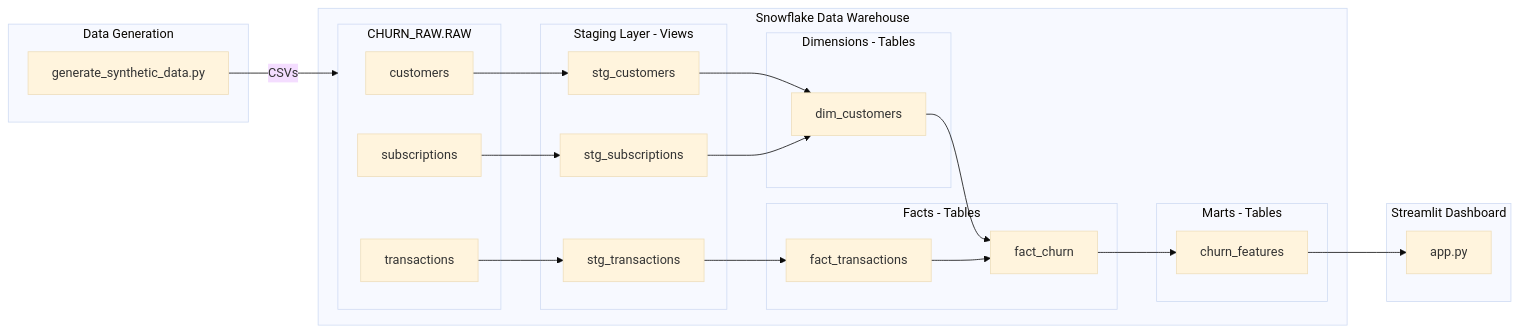
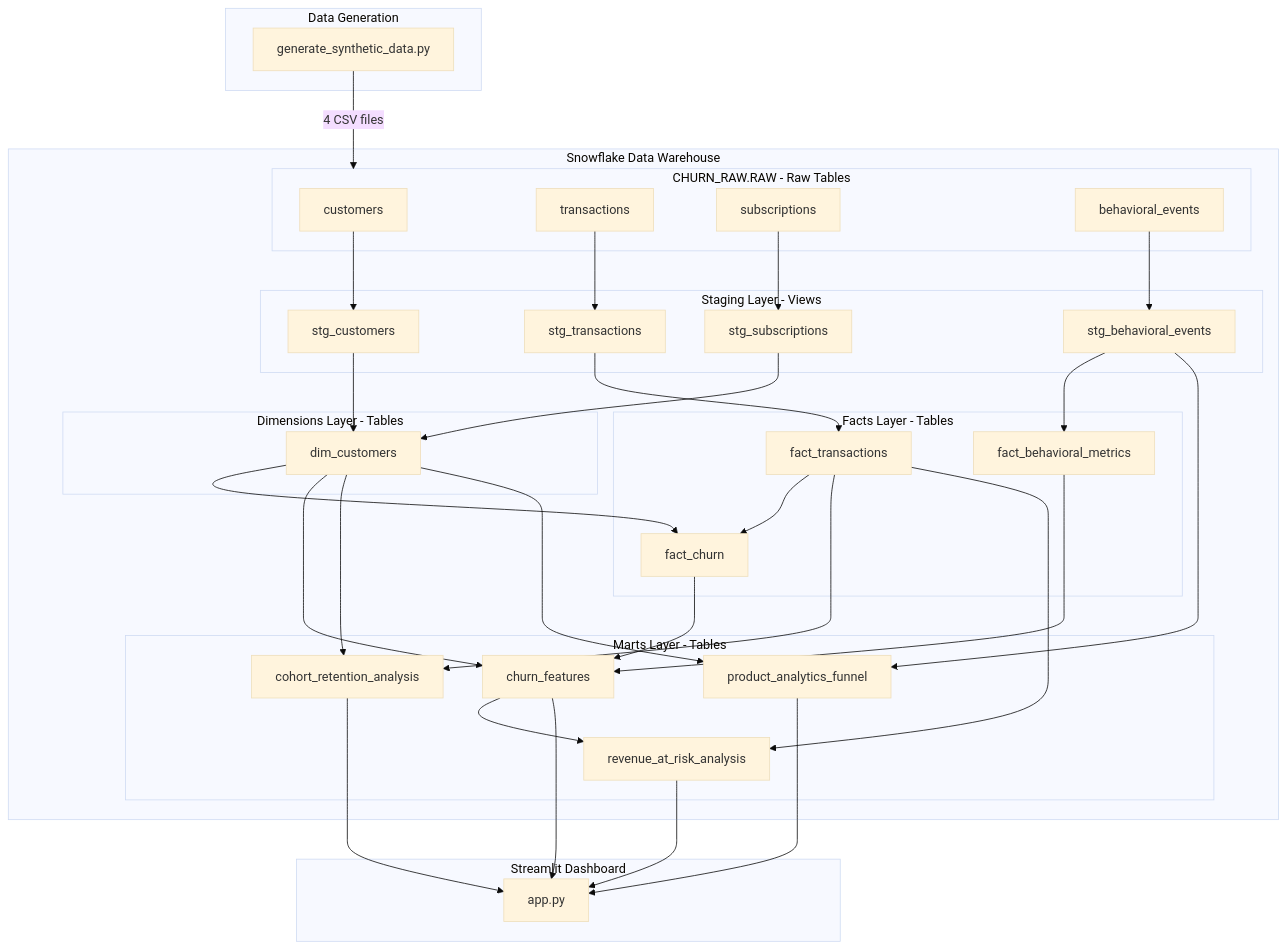
Before and after one commit to kbai612/Customer_Churn_Project: the diagram in README.md, drawn with Mermaid (base theme).

````diff
--- a/README.md
+++ b/README.md
@@ -59,49 +59,77 @@
 ```mermaid
-flowchart LR
+flowchart TB
     subgraph generation [Data Generation]
         PY[generate_synthetic_data.py]
     end
 
     subgraph snowflake [Snowflake Data Warehouse]
-        subgraph raw [CHURN_RAW.RAW]
+        subgraph raw [CHURN_RAW.RAW - Raw Tables]
             RC[customers]
             RT[transactions]
             RS[subscriptions]
+            RBE[behavioral_events]
         end
 
         subgraph staging [Staging Layer - Views]
             SC[stg_customers]
             ST[stg_transactions]
             SS[stg_subscriptions]
+            SBE[stg_behavioral_events]
         end
 
-        subgraph dims [Dimensions - Tables]
+        subgraph dims [Dimensions Layer - Tables]
             DC[dim_customers]
         end
 
-        subgraph facts [Facts - Tables]
+        subgraph facts [Facts Layer - Tables]
             FT[fact_transactions]
             FC[fact_churn]
+            FBM[fact_behavioral_metrics]
         end
 
-        subgraph marts [Marts - Tables]
+        subgraph marts [Marts Layer - Tables]
             CF[churn_features]
+            CRA[cohort_retention_analysis]
+            PAF[product_analytics_funnel]
+            RAR[revenue_at_risk_analysis]
         end
     end
 
     subgraph viz [Streamlit Dashboard]
         APP[app.py]
     end
 
-    PY -->|CSVs| raw
+    PY -->|4 CSV files| raw
+    
     RC --> SC
     RT --> ST
     RS --> SS
+    RBE --> SBE
+    
     SC --> DC
     SS --> DC
+    
     ST --> FT
     DC --> FC
     FT --> FC
+    
+    SBE --> FBM
+    
     FC --> CF
+    FBM --> CF
+    DC --> CF
+    
+    DC --> CRA
+    FT --> CRA
+    
+    DC --> PAF
+    SBE --> PAF
+    
+    CF --> RAR
+    FT --> RAR
+    
     CF --> APP
+    CRA --> APP
+    PAF --> APP
+    RAR --> APP
 ```
````
